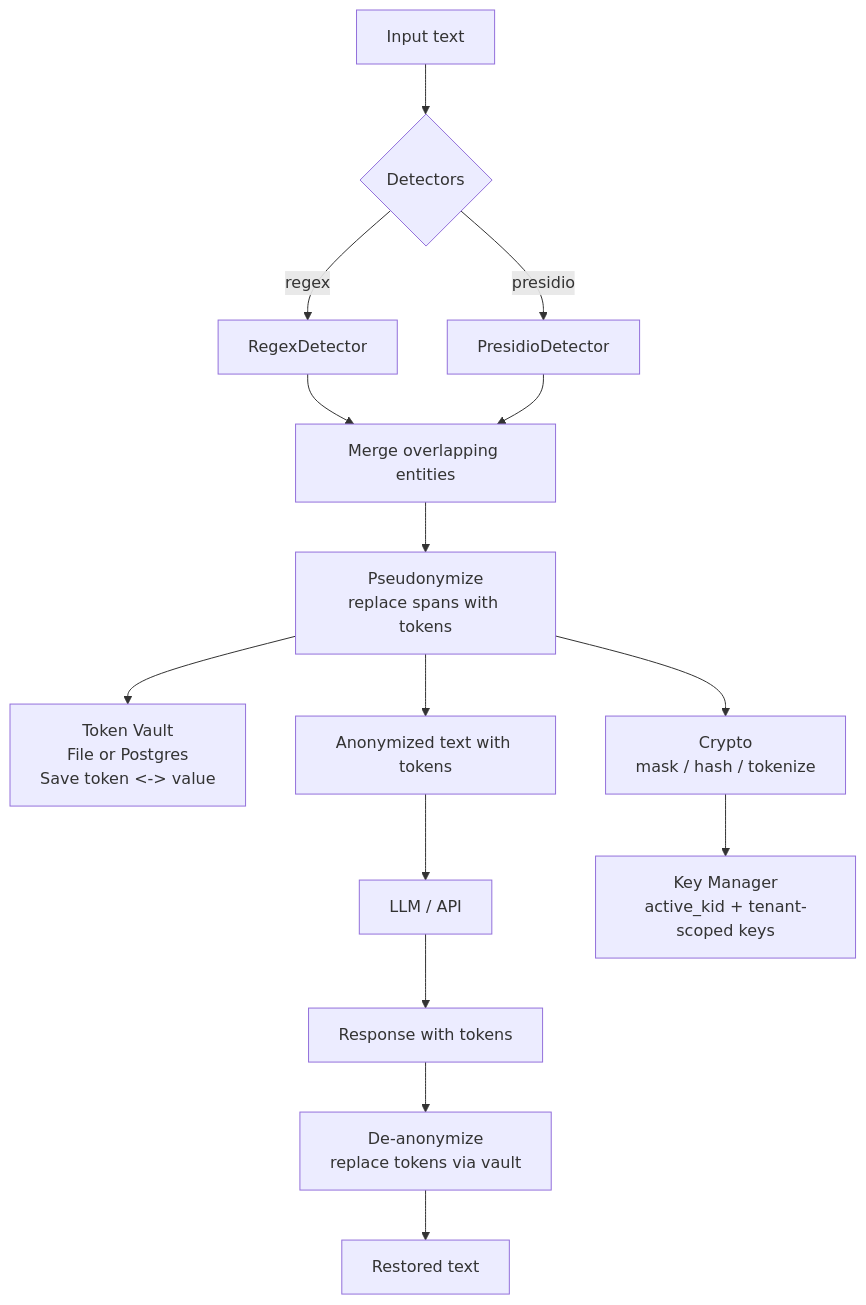
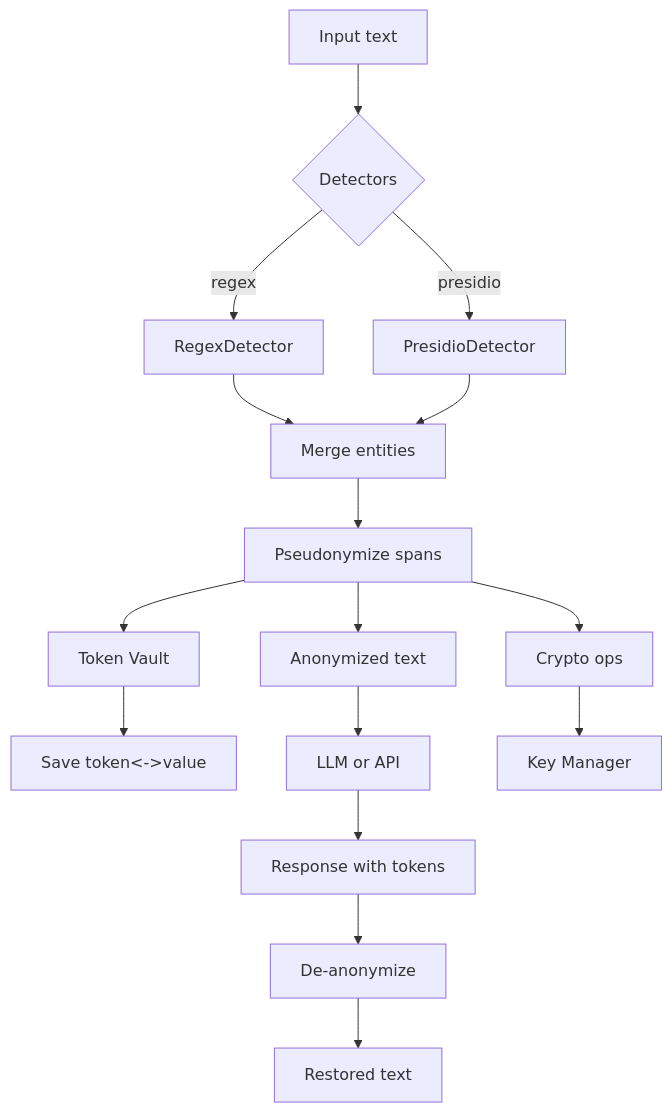
Before and after one commit to JelsikJozef/HabithonAI: the diagram in src/anonymization/README.md, drawn with Mermaid. The commit also changed 20 other files, not shown here.

````diff
--- a/src/anonymization/README.md
+++ b/src/anonymization/README.md
@@ -42,17 +42,18 @@
 ```mermaid
 flowchart TD
-  A["Input text"] --> B{"Detectors"}
-  B -->|regex| C["RegexDetector"]
-  B -->|presidio| D["PresidioDetector"]
-  C --> E["Merge overlapping entities"]
+  A[Input text] --> B{Detectors}
+  B -->|regex| C[RegexDetector]
+  B -->|presidio| D[PresidioDetector]
+  C --> E[Merge entities]
   D --> E
-  E --> F["Pseudonymize<br/>replace spans with tokens"]
-  F --> G["Token Vault<br/>File or Postgres<br/>Save token <-> value"]
-  F --> H["Anonymized text with tokens"]
-  H --> I["LLM / API"]
-  I --> J["Response with tokens"]
-  J --> K["De-anonymize<br/>replace tokens via vault"]
-  K --> L["Restored text"]
-  F --> M["Crypto<br/>mask / hash / tokenize"]
-  M --> N["Key Manager<br/>active_kid + tenant-scoped keys"]
+  E --> F[Pseudonymize spans]
+  F --> G[Token Vault]
+  G --> H[Save token<->value]
+  F --> I[Anonymized text]
+  I --> J[LLM or API]
+  J --> K[Response with tokens]
+  K --> L[De-anonymize]
+  L --> M[Restored text]
+  F --> N[Crypto ops]
+  N --> O[Key Manager]
 ```
````
